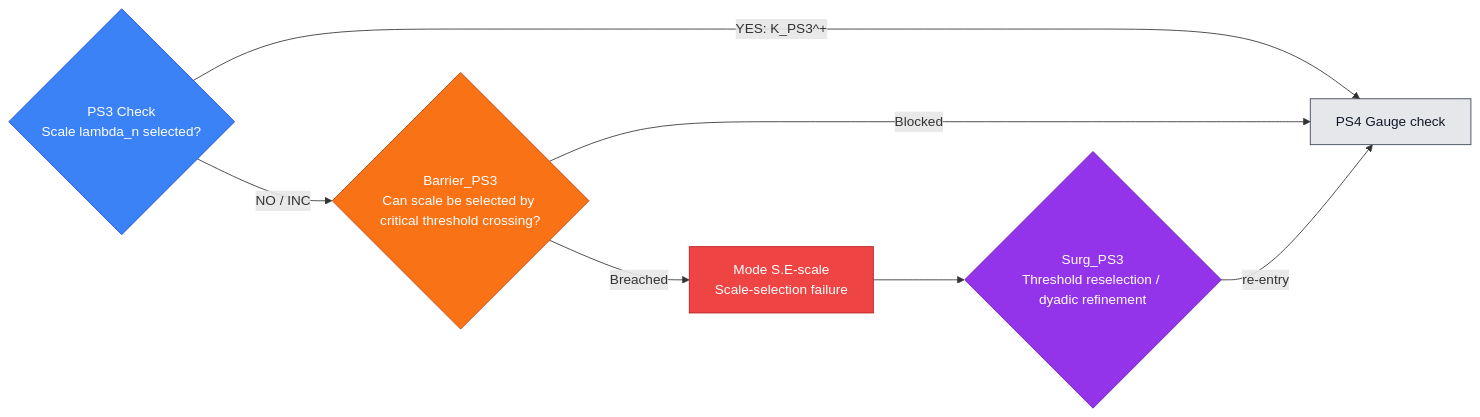
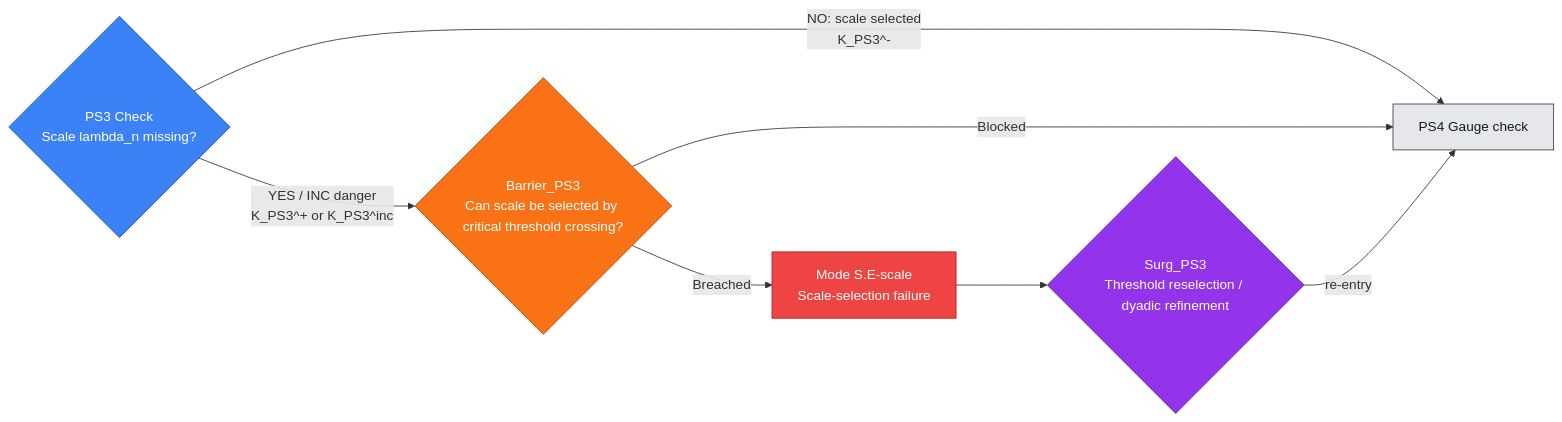
One commit to Guillemdb/hypostructure changed the ninth of 54 diagrams in docs/source/1_hypostructure_formalism/edits/new_sieve.md. Above: the diagram before and after it, drawn with Mermaid. The commit also changed other lines of this file, not shown here.

````diff
--- a/docs/source/1_hypostructure_formalism/edits/new_sieve.md
+++ b/docs/source/1_hypostructure_formalism/edits/new_sieve.md
@@ -1196,23 +1216,23 @@
 ```mermaid
 flowchart LR
-    C{"PS3 Check<br/>Scale lambda_n selected?"}
-    C -- "YES: K_PS3^+" --> N["PS4 Gauge check"]
-    C -- "NO / INC" --> B{"Barrier_PS3<br/>Can scale be selected by critical threshold crossing?"}
+    C{"PS3 Check<br/>Scale lambda_n missing?"}
+    C -- "NO: scale selected<br/>K_PS3^-" --> N["PS4 Gauge check"]
+    C -- "YES / INC danger<br/>K_PS3^+ or K_PS3^inc" --> B{"Barrier_PS3<br/>Can scale be selected by critical threshold crossing?"}
     B -- "Blocked" --> N
     B -- "Breached" --> M["Mode S.E-scale<br/>Scale-selection failure"]
     M --> S{"Surg_PS3<br/>Threshold reselection / dyadic refinement"}
     S -- "re-entry" --> N
 
     classDef check fill:#3b82f6,stroke:#1d4ed8,color:#ffffff;
     classDef barrier fill:#f97316,stroke:#c2410c,color:#ffffff;
     classDef mode fill:#ef4444,stroke:#b91c1c,color:#ffffff;
     classDef surgery fill:#9333ea,stroke:#6b21a8,color:#ffffff;
     classDef next fill:#e5e7eb,stroke:#374151,color:#111827;
     classDef terminal fill:#fef3c7,stroke:#d97706,color:#111827;
 
     class C check;
     class B barrier;
     class M mode;
     class S surgery;
     class N next;
 ```
````
